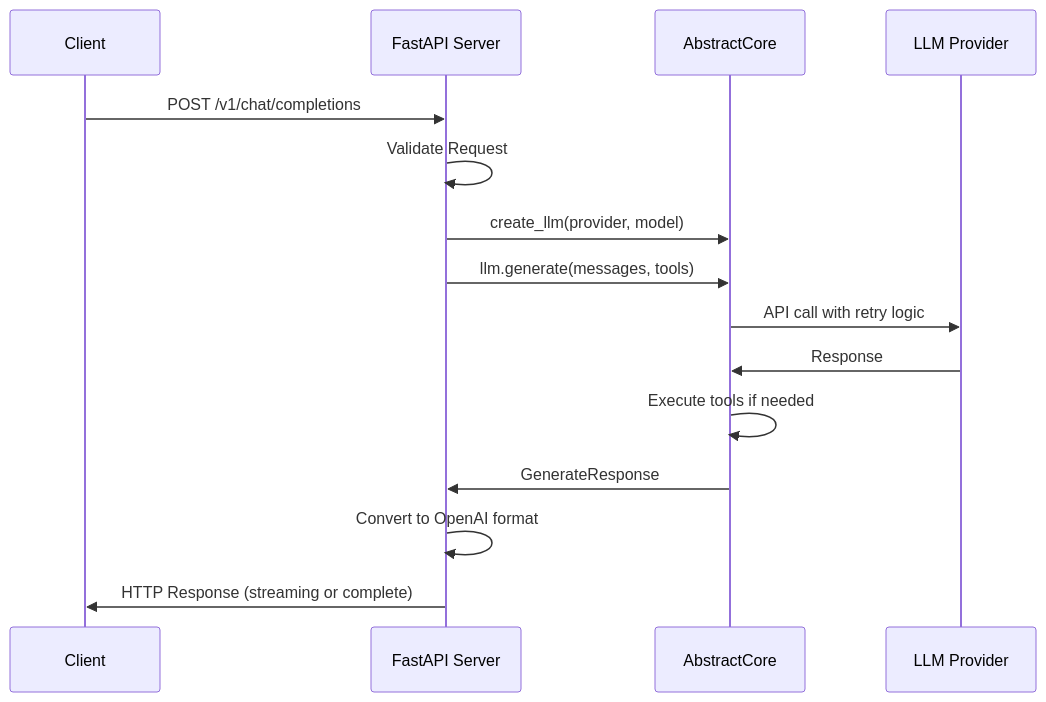
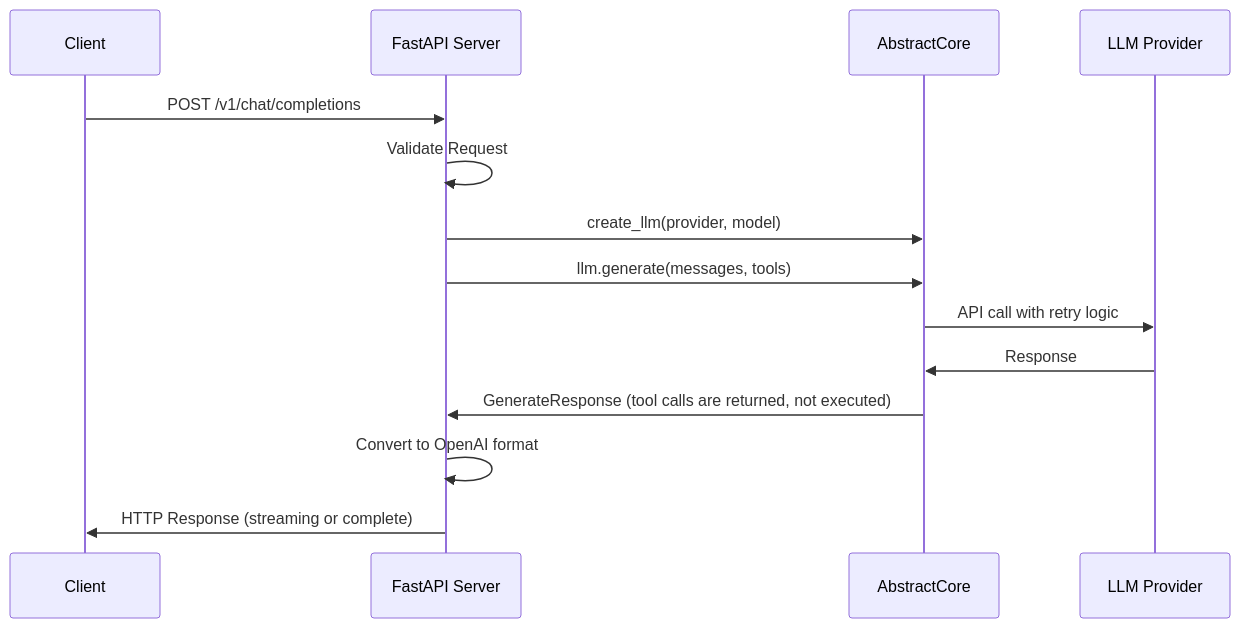
One commit to lpalbou/AbstractCore changed diagram 15 of 17 in docs/architecture.md. Above: the diagram before and after it, drawn with Mermaid. The commit also changed other lines of this file and 18 other files, not shown here.

First line of the commit message:
docs: coredoc pass for 2.15.x (plain supported behaviour, local-model architecture diagram, troubleshooting for loads and downloads)

````diff
--- a/docs/architecture.md
+++ b/docs/architecture.md
@@ -869,18 +873,17 @@
 ```mermaid
 sequenceDiagram
     participant Client
     participant Server as FastAPI Server
     participant Core as AbstractCore
     participant Provider as LLM Provider
     
     Client->>Server: POST /v1/chat/completions
     Server->>Server: Validate Request
     Server->>Core: create_llm(provider, model)
     Server->>Core: llm.generate(messages, tools)
     Core->>Provider: API call with retry logic
     Provider->>Core: Response
-    Core->>Core: Execute tools if needed
-    Core->>Server: GenerateResponse
+    Core->>Server: GenerateResponse (tool calls are returned, not executed)
     Server->>Server: Convert to OpenAI format
     Server->>Client: HTTP Response (streaming or complete)
 ```
````
